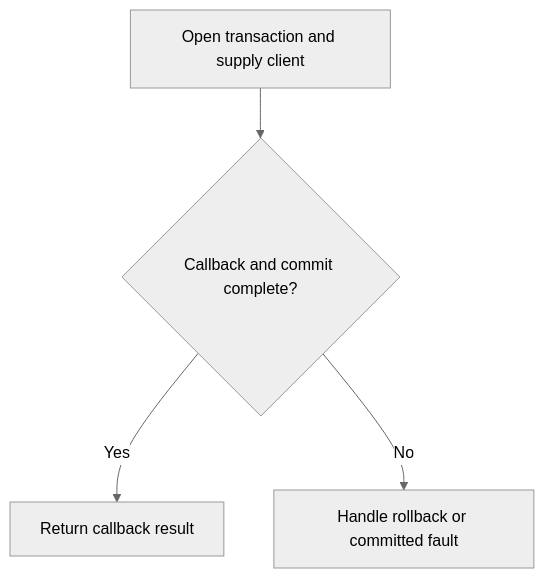
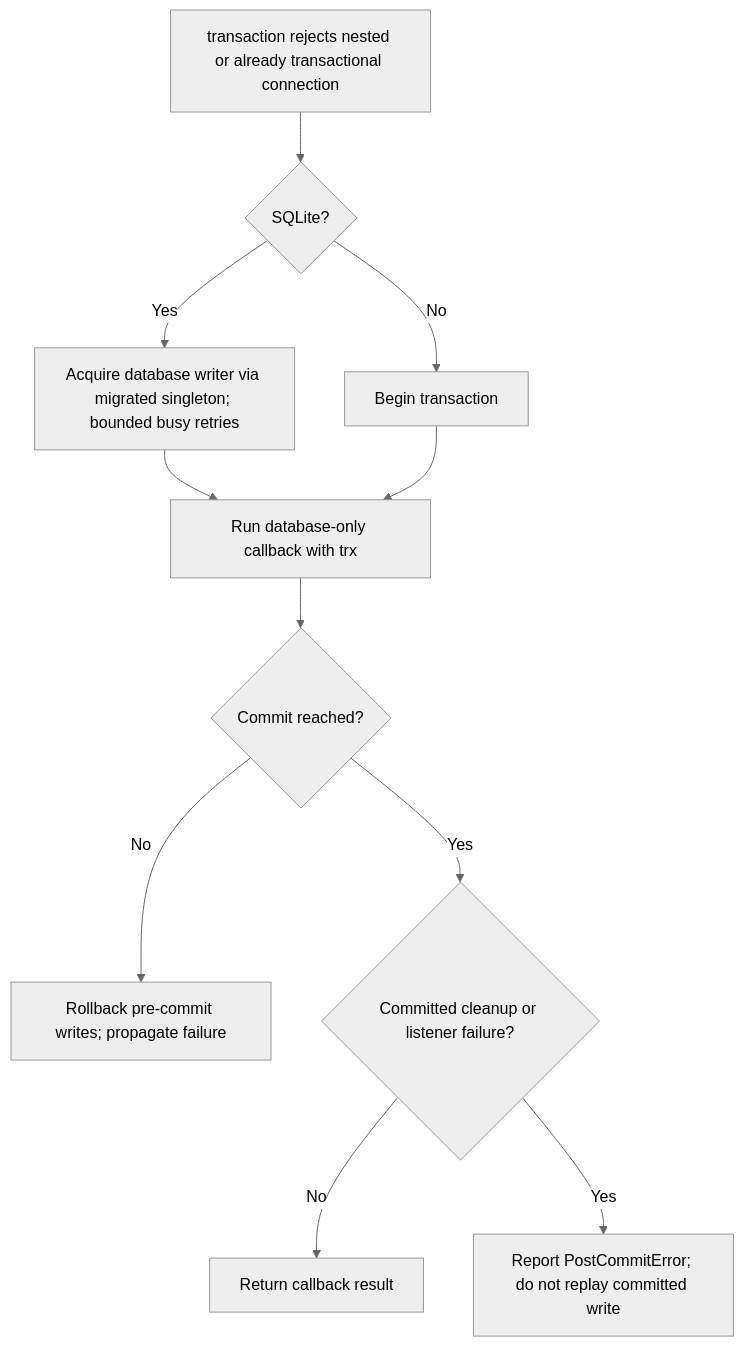
Before and after one commit to Kevinjohn/oss-adonisjs-account-kit: the second of 2 diagrams in user-stories/US-ACCOUNT-63-share-transaction-helpers.md, drawn with Mermaid (neutral theme). The commit also changed other lines of this file and 35 other files, not shown here.

Commit message:
docs: verify user story paths and Mermaid flows against implementation

````diff
--- a/user-stories/US-ACCOUNT-63-share-transaction-helpers.md
+++ b/user-stories/US-ACCOUNT-63-share-transaction-helpers.md
@@ -33,6 +33,13 @@
 ```mermaid
 flowchart TD
-    A["Open transaction and supply client"] --> B{"Callback and commit complete?"}
-    B -->|Yes| C["Return callback result"]
-    B -->|No| D["Handle rollback or committed fault"]
+    A["transaction rejects nested or already transactional connection"] --> S{"SQLite?"}
+    S -->|Yes| L["Acquire database writer via migrated singleton; bounded busy retries"]
+    S -->|No| T["Begin transaction"]
+    L --> R["Run database-only callback with trx"]
+    T --> R
+    R --> B{"Commit reached?"}
+    B -->|No| D["Rollback pre-commit writes; propagate failure"]
+    B -->|Yes| F{"Committed cleanup or listener failure?"}
+    F -->|No| C["Return callback result"]
+    F -->|Yes| E["Report PostCommitError; do not replay committed write"]
 ```
````
